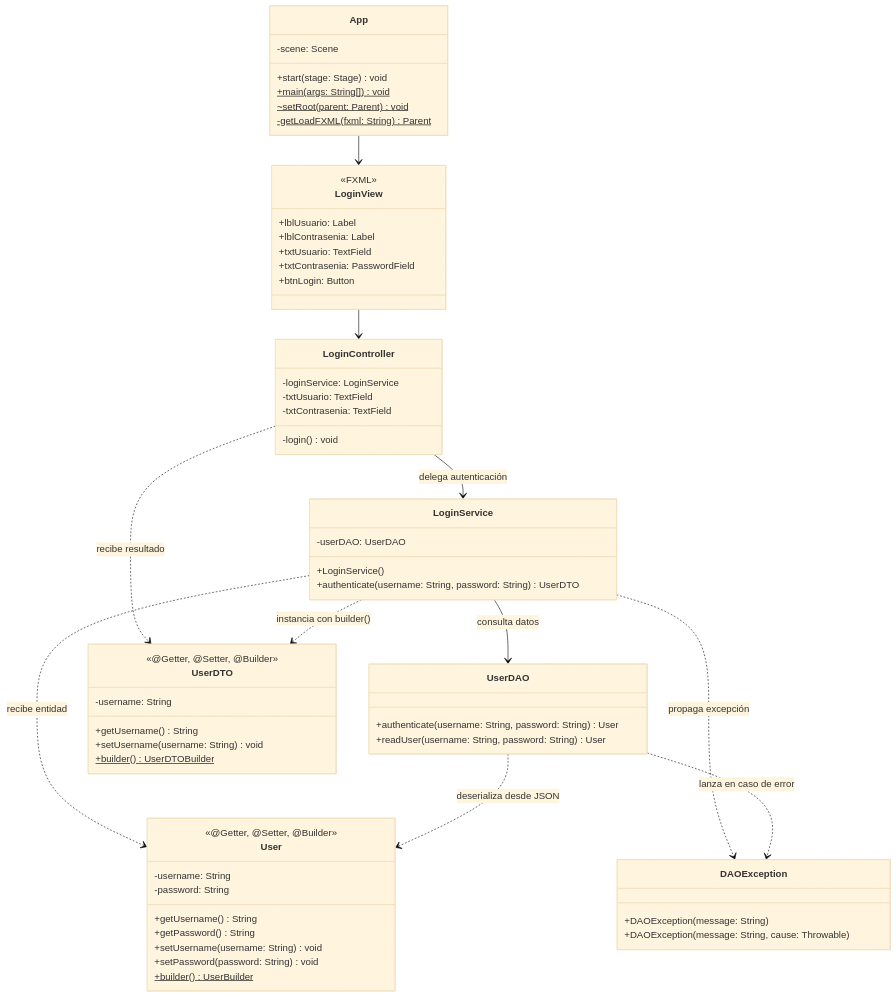
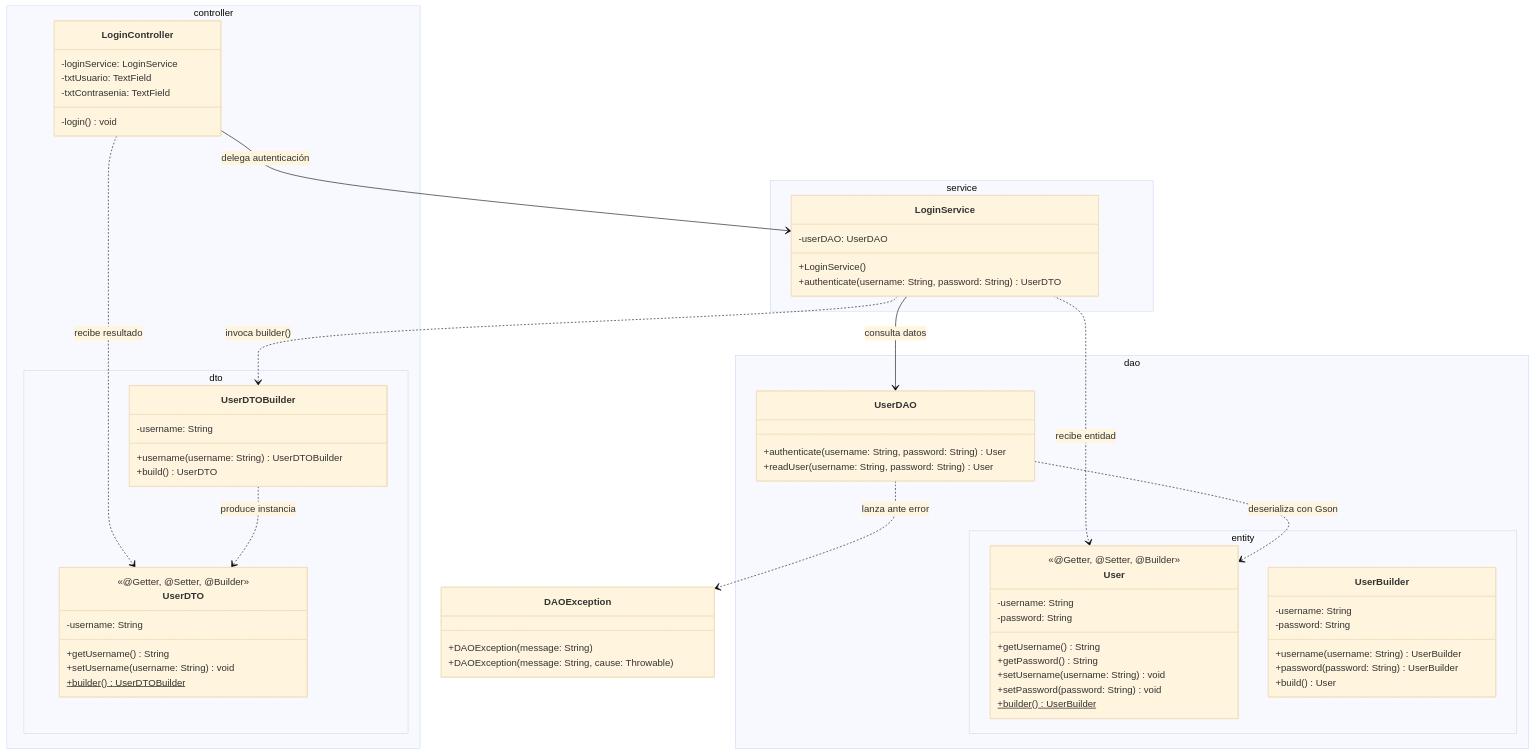
The second of 3 diagrams in 05/README.md (elprofecarreno/poo-javafx), drawn with Mermaid (base theme) before and after one commit. The commit also changed other lines of this file and 35 other files, not shown here.

````diff
--- a/05/README.md
+++ b/05/README.md
@@ -43,74 +79,77 @@
 ```mermaid
 classDiagram
-    class App {
-        -scene: Scene
-        +start(stage: Stage) void
-        +main(args: String[])$ void
-        ~setRoot(parent: Parent)$ void
-        -getLoadFXML(fxml: String)$ Parent
+    namespace controller {
+        class LoginController {
+            -loginService: LoginService
+            -txtUsuario: TextField
+            -txtContrasenia: TextField
+            -login() void
+        }
     }
 
-    class LoginView {
-        <<FXML>>
-        +lblUsuario: Label
-        +lblContrasenia: Label
-        +txtUsuario: TextField
-        +txtContrasenia: PasswordField
-        +btnLogin: Button
+    namespace controller.dto {
+        class UserDTO {
+            <<@Getter, @Setter, @Builder>>
+            <<@NoArgsConstructor, @AllArgsConstructor>>
+            -username: String
+            +getUsername() String
+            +setUsername(username: String) void
+            +builder()$ UserDTOBuilder
+        }
+        class UserDTOBuilder {
+            -username: String
+            +username(username: String) UserDTOBuilder
+            +build() UserDTO
+        }
     }
 
-    class LoginController {
-        -loginService: LoginService
-        -txtUsuario: TextField
-        -txtContrasenia: TextField
-        -login() void
+    namespace service {
+        class LoginService {
+            -userDAO: UserDAO
+            +LoginService()
+            +authenticate(username: String, password: String) UserDTO
+        }
     }
 
-    class LoginService {
-        -userDAO: UserDAO
-        +LoginService()
-        +authenticate(username: String, password: String) UserDTO
+    namespace dao {
+        class UserDAO {
+            +authenticate(username: String, password: String) User
+            +readUser(username: String, password: String) User
+        }
     }
 
-    class UserDAO {
-        +authenticate(username: String, password: String) User
-        +readUser(username: String, password: String) User
-    }
-
-    class User {
-        <<@Getter, @Setter, @Builder>>
-        <<@NoArgsConstructor, @AllArgsConstructor>>
-        -username: String
-        -password: String
-        +getUsername() String
-        +getPassword() String
-        +setUsername(username: String) void
-        +setPassword(password: String) void
-        +builder()$ UserBuilder
-    }
-
-    class UserDTO {
-        <<@Getter, @Setter, @Builder>>
-        <<@NoArgsConstructor, @AllArgsConstructor>>
-        -username: String
-        +getUsername() String
-        +setUsername(username: String) void
-        +builder()$ UserDTOBuilder
+    namespace dao.entity {
+        class User {
+            <<@Getter, @Setter, @Builder>>
+            <<@NoArgsConstructor, @AllArgsConstructor>>
+            -username: String
+            -password: String
+            +getUsername() String
+            +getPassword() String
+            +setUsername(username: String) void
+            +setPassword(password: String) void
+            +builder()$ UserBuilder
+        }
+        class UserBuilder {
+            -username: String
+            -password: String
+            +username(username: String) UserBuilder
+            +password(password: String) UserBuilder
+            +build() User
+        }
     }
 
     class DAOException {
         +DAOException(message: String)
         +DAOException(message: String, cause: Throwable)
     }
 
-    App --> LoginView
-    LoginView --> LoginController
     LoginController --> LoginService : delega autenticación
     LoginController ..> UserDTO : recibe resultado
     LoginService --> UserDAO : consulta datos
     LoginService ..> User : recibe entidad
-    LoginService ..> UserDTO : instancia con builder()
-    LoginService ..> DAOException : propaga excepción
-    UserDAO ..> User : deserializa desde JSON
-    UserDAO ..> DAOException : lanza en caso de error
+    LoginService ..> UserDTOBuilder : invoca builder()
+    UserDTOBuilder ..> UserDTO : produce instancia
+    UserDAO ..> User : deserializa con Gson
+    UserDAO ..> DAOException : lanza ante error
 ```
````
